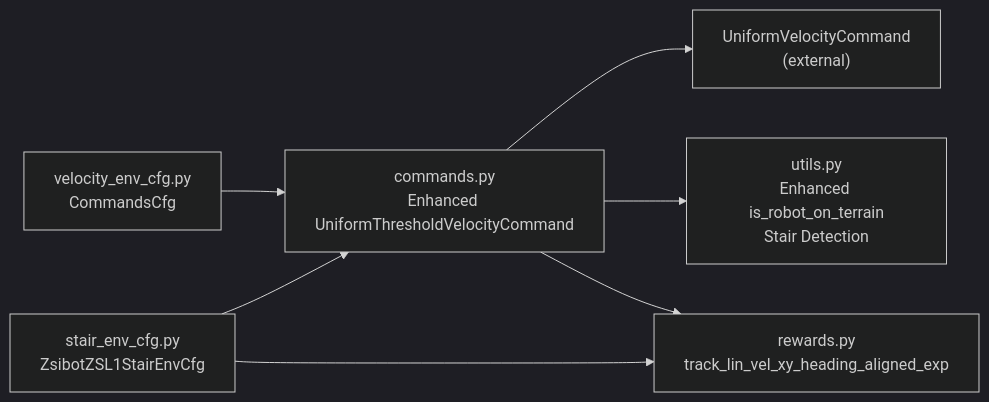
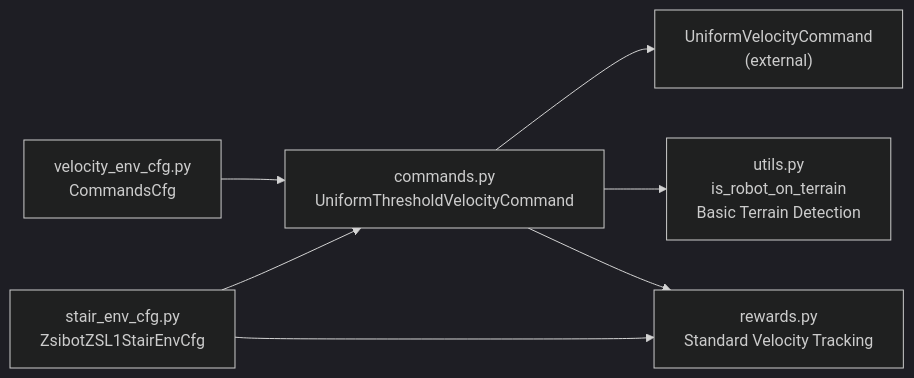
The fourth of 4 diagrams in .qoder/repowiki/en/content/Task Configuration Framework/Velocity-Based Locomotion Tasks/Command Generation and Tracking.md (jayjayhust/robot_lab), drawn with Mermaid (dark theme) before and after one commit. The commit also changed other lines of this file and 10 other files, not shown here.

````diff
--- a/.qoder/repowiki/en/content/Task Configuration Framework/Velocity-Based Locomotion Tasks/Command Generation and Tracking.md
+++ b/.qoder/repowiki/en/content/Task Configuration Framework/Velocity-Based Locomotion Tasks/Command Generation and Tracking.md
@@ -253,9 +243,9 @@
 ```mermaid
 graph LR
-VE_CFG["velocity_env_cfg.py<br/>CommandsCfg"] --> CMD["commands.py<br/>Enhanced UniformThresholdVelocityCommand"]
+VE_CFG["velocity_env_cfg.py<br/>CommandsCfg"] --> CMD["commands.py<br/>UniformThresholdVelocityCommand"]
 CMD --> BASE["UniformVelocityCommand<br/>(external)"]
-CMD --> UTL["utils.py<br/>Enhanced is_robot_on_terrain<br/>Stair Detection"]
-CMD --> REW["rewards.py<br/>track_lin_vel_xy_heading_aligned_exp"]
+CMD --> UTL["utils.py<br/>is_robot_on_terrain<br/>Basic Terrain Detection"]
+CMD --> REW["rewards.py<br/>Standard Velocity Tracking"]
 STAIR_CFG["stair_env_cfg.py<br/>ZsibotZSL1StairEnvCfg"] --> CMD
 STAIR_CFG --> REW
 ```
````
